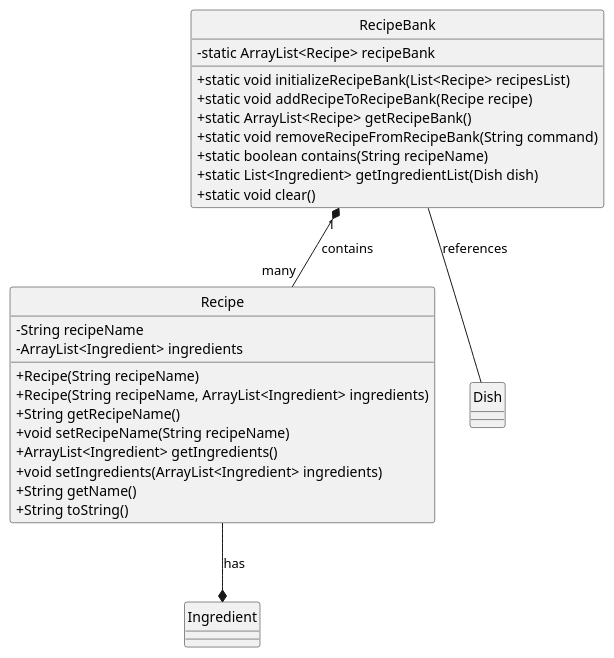
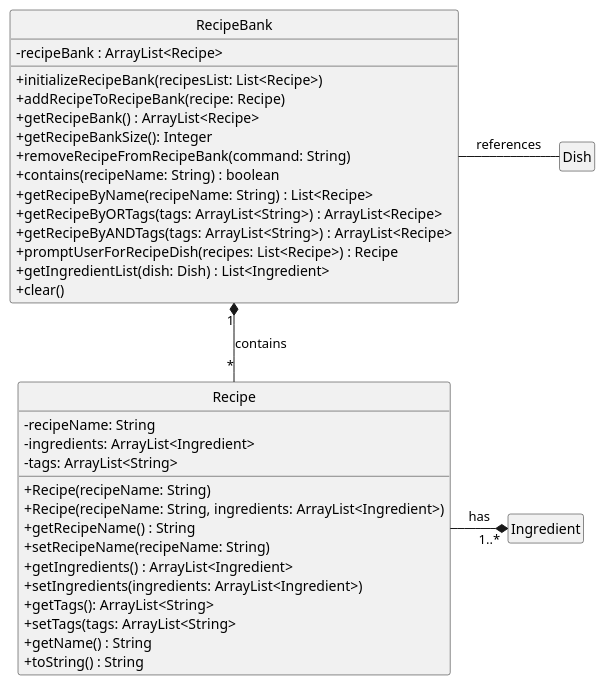
The diagram in src/main/java/seedu/cookingaids/diagrams/Items.puml (whalesyong/tp), drawn with PlantUML before and after one commit. The commit also changed 15 other files, not shown here.

Commit message:
Updated DG diagrams and PPP

```diff
--- a/src/main/java/seedu/cookingaids/diagrams/Items.puml
+++ b/src/main/java/seedu/cookingaids/diagrams/Items.puml
@@ -1,35 +1,44 @@
 @startuml
 hide circle
+hide empty members
 skinparam classAttributeIconSize 0
 
 class Recipe {
-    - String recipeName
-    - ArrayList<Ingredient> ingredients
+    - recipeName: String
+    - ingredients: ArrayList<Ingredient>
+    - tags: ArrayList<String>
 
-    + Recipe(String recipeName)
-    + Recipe(String recipeName, ArrayList<Ingredient> ingredients)
-    + String getRecipeName()
-    + void setRecipeName(String recipeName)
-    + ArrayList<Ingredient> getIngredients()
-    + void setIngredients(ArrayList<Ingredient> ingredients)
-    + String getName()
-    + String toString()
+    + Recipe(recipeName: String)
+    + Recipe(recipeName: String, ingredients: ArrayList<Ingredient>)
+    + getRecipeName() : String
+    + setRecipeName(recipeName: String) 
+    + getIngredients() : ArrayList<Ingredient>
+    + setIngredients(ingredients: ArrayList<Ingredient>)
+    + getTags(): ArrayList<String>
+    + setTags(tags: ArrayList<String>
+    + getName() : String
+    + toString() : String
 }
 
 class RecipeBank {
-    - static ArrayList<Recipe> recipeBank
+    - recipeBank : ArrayList<Recipe>
 
-    + static void initializeRecipeBank(List<Recipe> recipesList)
-    + static void addRecipeToRecipeBank(Recipe recipe)
-    + static ArrayList<Recipe> getRecipeBank()
-    + static void removeRecipeFromRecipeBank(String command)
-    + static boolean contains(String recipeName)
-    + static List<Ingredient> getIngredientList(Dish dish)
-    + static void clear()
+    + initializeRecipeBank(recipesList: List<Recipe>) 
+    + addRecipeToRecipeBank(recipe: Recipe) 
+    + getRecipeBank() : ArrayList<Recipe>
+    + getRecipeBankSize(): Integer
+    + removeRecipeFromRecipeBank(command: String) 
+    + contains(recipeName: String) : boolean
+    + getRecipeByName(recipeName: String) : List<Recipe>
+    + getRecipeByORTags(tags: ArrayList<String>) : ArrayList<Recipe>
+    + getRecipeByANDTags(tags: ArrayList<String>) : ArrayList<Recipe>
+    + promptUserForRecipeDish(recipes: List<Recipe>) : Recipe
+    + getIngredientList(dish: Dish) : List<Ingredient>
+    + clear() 
 }
 
-RecipeBank "1" *-- "many" Recipe : contains
-Recipe --* Ingredient : has
-RecipeBank -- Dish : references
+RecipeBank "1" *-- "*" Recipe : contains
+Recipe -* "1..*" Ingredient : has
+RecipeBank - Dish : references
 
 @enduml
```
